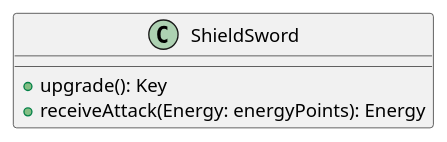
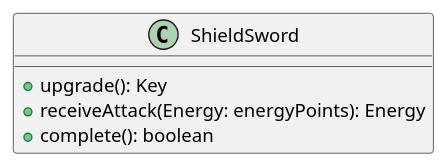
Before and after one commit to PabloGCH/tp2-algo3: the diagram in diagrams/classes/Equipment/ShieldSword.puml, drawn with PlantUML. The commit also changed 21 other files, not shown here.

```diff
--- a/diagrams/classes/Equipment/ShieldSword.puml
+++ b/diagrams/classes/Equipment/ShieldSword.puml
@@ -1,6 +1,7 @@
 @startuml
 class ShieldSword {
     +upgrade(): Key
     +receiveAttack(Energy: energyPoints): Energy
+    +complete(): boolean
 }
 @enduml
```
